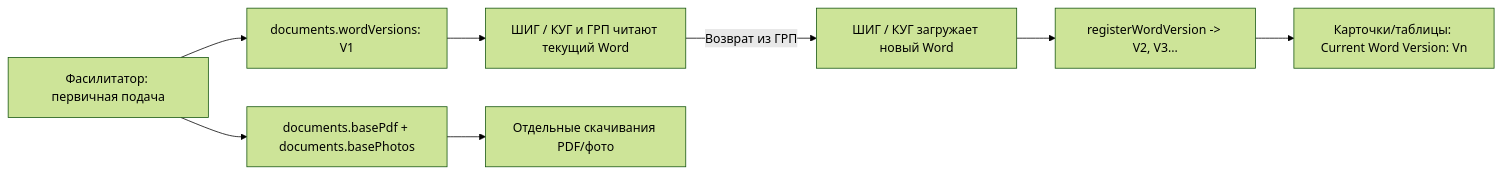
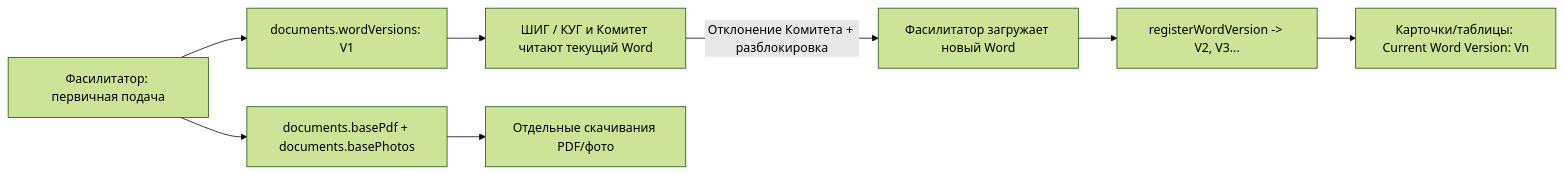
Before and after one commit to firka-kh/eip-test: the seventh of 9 diagrams in docs/ARCHITECTURE.md, drawn with Mermaid (forest theme). The commit also changed other lines of this file and 51 other files, not shown here.

````diff
--- a/docs/ARCHITECTURE.md
+++ b/docs/ARCHITECTURE.md
@@ -231,10 +224,10 @@
 ```mermaid
 flowchart LR
     F1[Фасилитатор: первичная подача] --> D1[documents.basePdf + documents.basePhotos]
     F1 --> W1[documents.wordVersions: V1]
-    W1 --> G1[ШИГ / КУГ и ГРП читают текущий Word]
-    G1 -->|Возврат из ГРП| G2[ШИГ / КУГ загружает новый Word]
+    W1 --> G1[ШИГ / КУГ и Комитет читают текущий Word]
+    G1 -->|Отклонение Комитета + разблокировка| G2[Фасилитатор загружает новый Word]
     G2 --> W2[registerWordVersion -> V2, V3...]
     W2 --> UI1[Карточки/таблицы: Current Word Version: Vn]
     D1 --> UI2[Отдельные скачивания PDF/фото]
 ```
````
